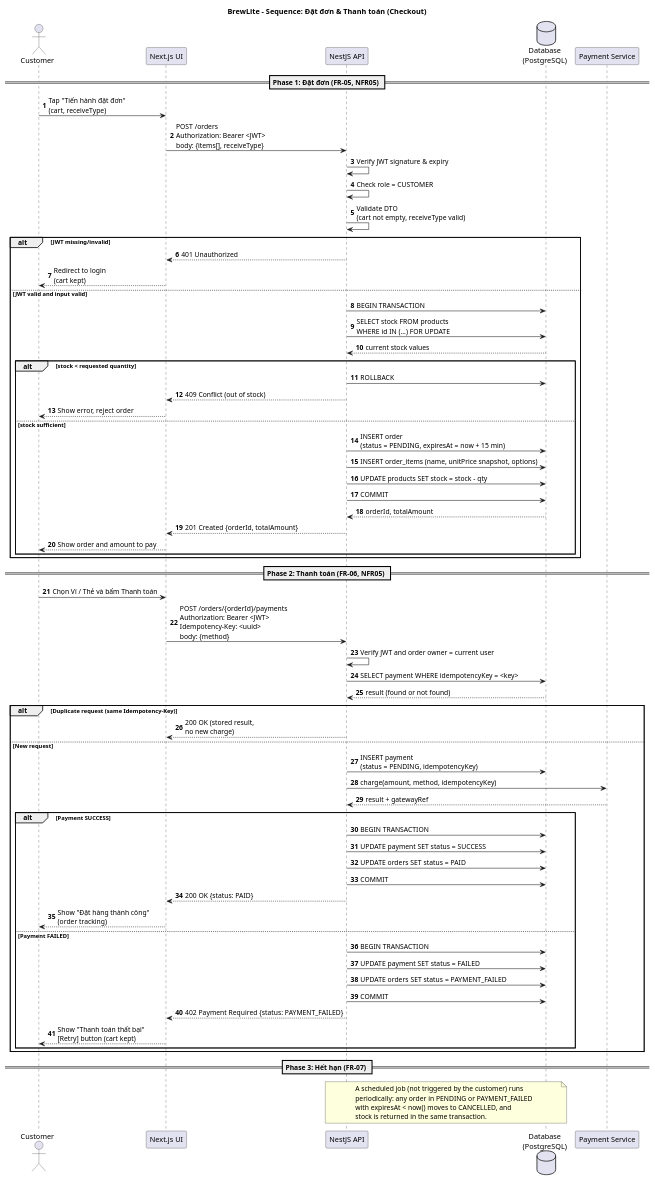
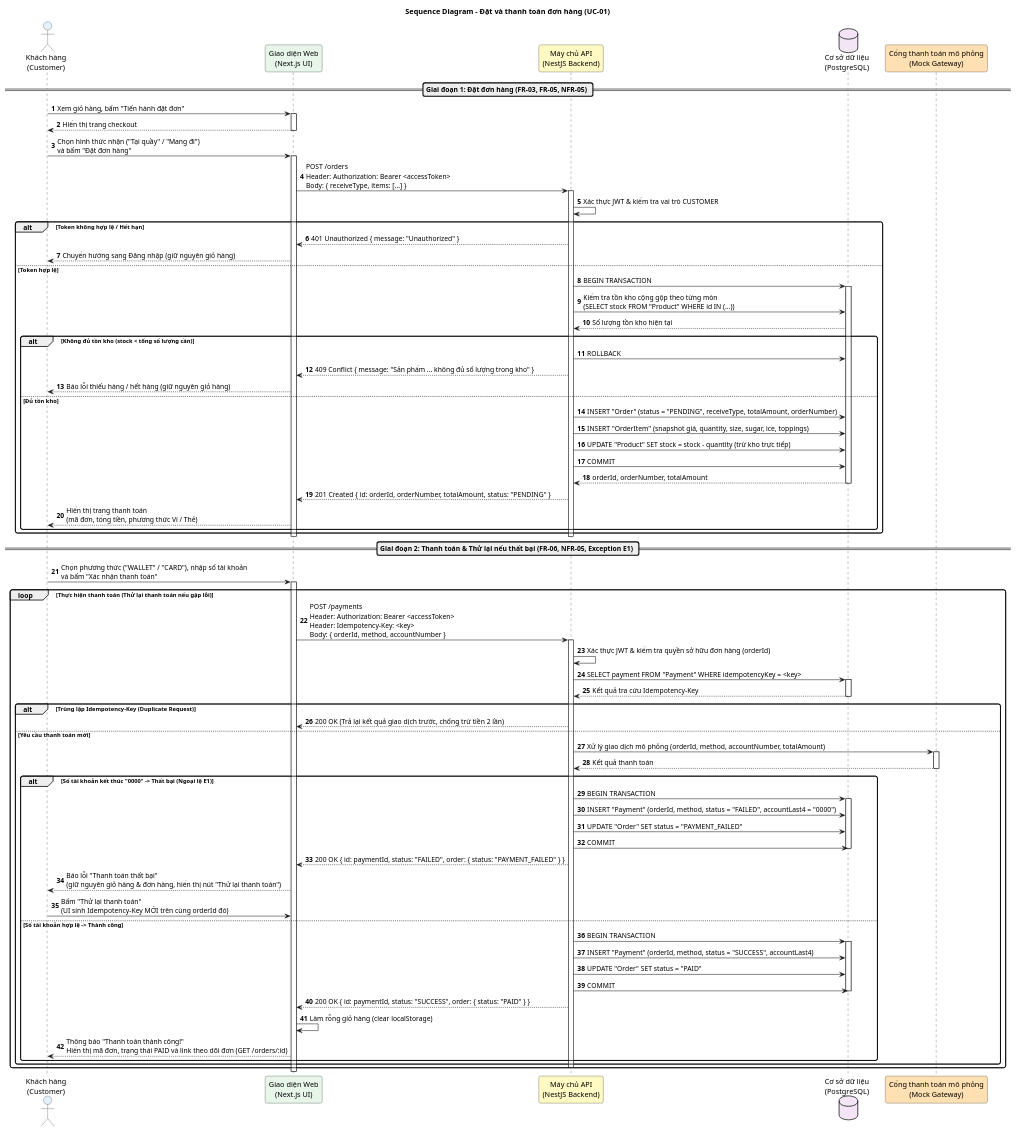
One commit to Thori2724/BrewLite-CNPM-nh-m-12 changed the diagram in docs/diagrams/sequencediagram.puml. Above: the diagram before and after it, drawn with PlantUML. The commit also changed 5 other files, not shown here.

Commit message:
sync activity and usecase from patch branch and update sequence diagram

```diff
--- a/docs/diagrams/sequencediagram.puml
+++ b/docs/diagrams/sequencediagram.puml
@@ -1,85 +1,108 @@
 @startuml sequence-checkout
-title BrewLite – Sequence: Đặt đơn & Thanh toán (Checkout)
+title Sequence Diagram - Đặt và thanh toán đơn hàng (UC-01)
 autonumber
+skinparam shadowing false
+skinparam roundcorner 8
+skinparam participantPadding 15
+skinparam boxPadding 10
 
-actor "Customer" as C
-participant "Next.js UI" as UI
-participant "NestJS API" as API
-database "Database\n(PostgreSQL)" as DB
-participant "Payment Service" as PAY
+actor "Khách hàng\n(Customer)" as C #E3F2FD
+participant "Giao diện Web\n(Next.js UI)" as UI #E8F5E9
+participant "Máy chủ API\n(NestJS Backend)" as API #FFF9C4
+database "Cơ sở dữ liệu\n(PostgreSQL)" as DB #F3E5F5
+participant "Cổng thanh toán mô phỏng\n(Mock Gateway)" as GW #FFE0B2
 
-== Phase 1: Đặt đơn (FR-05, NFR05) ==
+== Giai đoạn 1: Đặt đơn hàng (FR-03, FR-05, NFR-05) ==
 
-C -> UI : Tap "Tiến hành đặt đơn"\n(cart, receiveType)
-UI -> API : POST /orders\nAuthorization: Bearer <JWT>\nbody: {items[], receiveType}
+C -> UI : Xem giỏ hàng, bấm "Tiến hành đặt đơn"
+activate UI
+UI --> C : Hiển thị trang checkout
+deactivate UI
 
-API -> API : Verify JWT signature & expiry
-API -> API : Check role = CUSTOMER
-API -> API : Validate DTO\n(cart not empty, receiveType valid)
+C -> UI : Chọn hình thức nhận ("Tại quầy" / "Mang đi")\nvà bấm "Đặt đơn hàng"
+activate UI
+UI -> API : POST /orders\nHeader: Authorization: Bearer <accessToken>\nBody: { receiveType, items: [...] }
+activate API
 
-alt JWT missing/invalid
-  API --> UI : 401 Unauthorized
-  UI --> C : Redirect to login\n(cart kept)
-else JWT valid and input valid
+API -> API : Xác thực JWT & kiểm tra vai trò CUSTOMER
+alt Token không hợp lệ / Hết hạn
+  API --> UI : 401 Unauthorized { message: "Unauthorized" }
+  UI --> C : Chuyển hướng sang Đăng nhập (giữ nguyên giỏ hàng)
+else Token hợp lệ
   API -> DB : BEGIN TRANSACTION
-  API -> DB : SELECT stock FROM products\nWHERE id IN (...) FOR UPDATE
-  DB --> API : current stock values
+  activate DB
+  API -> DB : Kiểm tra tồn kho cộng gộp theo từng món\n(SELECT stock FROM "Product" WHERE id IN (...))
+  DB --> API : Số lượng tồn kho hiện tại
 
-  alt stock < requested quantity
+  alt Không đủ tồn kho (stock < tổng số lượng cần)
     API -> DB : ROLLBACK
-    API --> UI : 409 Conflict (out of stock)
-    UI --> C : Show error, reject order
-  else stock sufficient
-    API -> DB : INSERT order\n(status = PENDING, expiresAt = now + 15 min)
-    API -> DB : INSERT order_items (name, unitPrice snapshot, options)
-    API -> DB : UPDATE products SET stock = stock - qty
+    API --> UI : 409 Conflict { message: "Sản phẩm ... không đủ số lượng trong kho" }
+    UI --> C : Báo lỗi thiếu hàng / hết hàng (giữ nguyên giỏ hàng)
+  else Đủ tồn kho
+    API -> DB : INSERT "Order" (status = "PENDING", receiveType, totalAmount, orderNumber)
+    API -> DB : INSERT "OrderItem" (snapshot giá, quantity, size, sugar, ice, toppings)
+    API -> DB : UPDATE "Product" SET stock = stock - quantity (trừ kho trực tiếp)
     API -> DB : COMMIT
-    DB --> API : orderId, totalAmount
-    API --> UI : 201 Created {orderId, totalAmount}
-    UI --> C : Show order and amount to pay
+    DB --> API : orderId, orderNumber, totalAmount
+    deactivate DB
+
+    API --> UI : 201 Created { id: orderId, orderNumber, totalAmount, status: "PENDING" }
+    UI --> C : Hiển thị trang thanh toán\n(mã đơn, tổng tiền, phương thức Ví / Thẻ)
   end
 end
+deactivate API
+deactivate UI
 
-== Phase 2: Thanh toán (FR-06, NFR05) ==
+== Giai đoạn 2: Thanh toán & Thử lại nếu thất bại (FR-06, NFR-05, Exception E1) ==
 
-C -> UI : Chọn Ví / Thẻ và bấm Thanh toán
-UI -> API : POST /orders/{orderId}/payments\nAuthorization: Bearer <JWT>\nIdempotency-Key: <uuid>\nbody: {method}
+C -> UI : Chọn phương thức ("WALLET" / "CARD"), nhập số tài khoản\nvà bấm "Xác nhận thanh toán"
+activate UI
 
-API -> API : Verify JWT and order owner = current user
-API -> DB : SELECT payment WHERE idempotencyKey = <key>
-DB --> API : result (found or not found)
+loop Thực hiện thanh toán (Thử lại thanh toán nếu gặp lỗi)
+  UI -> API : POST /payments\nHeader: Authorization: Bearer <accessToken>\nHeader: Idempotency-Key: <key>\nBody: { orderId, method, accountNumber }
+  activate API
 
-alt Duplicate request (same Idempotency-Key)
-  API --> UI : 200 OK (stored result,\nno new charge)
-else New request
-  API -> DB : INSERT payment\n(status = PENDING, idempotencyKey)
-  API -> PAY : charge(amount, method, idempotencyKey)
-  PAY --> API : result + gatewayRef
+  API -> API : Xác thực JWT & kiểm tra quyền sở hữu đơn hàng (orderId)
+  API -> DB : SELECT payment FROM "Payment" WHERE idempotencyKey = <key>
+  activate DB
+  DB --> API : Kết quả tra cứu Idempotency-Key
+  deactivate DB
 
-  alt Payment SUCCESS
-    API -> DB : BEGIN TRANSACTION
-    API -> DB : UPDATE payment SET status = SUCCESS
-    API -> DB : UPDATE orders SET status = PAID
-    API -> DB : COMMIT
-    API --> UI : 200 OK {status: PAID}
-    UI --> C : Show "Đặt hàng thành công"\n(order tracking)
-  else Payment FAILED
-    API -> DB : BEGIN TRANSACTION
-    API -> DB : UPDATE payment SET status = FAILED
-    API -> DB : UPDATE orders SET status = PAYMENT_FAILED
-    API -> DB : COMMIT
-    API --> UI : 402 Payment Required {status: PAYMENT_FAILED}
-    UI --> C : Show "Thanh toán thất bại"\n[Retry] button (cart kept)
+  alt Trùng lặp Idempotency-Key (Duplicate Request)
+    API --> UI : 200 OK (Trả lại kết quả giao dịch trước, chống trừ tiền 2 lần)
+  else Yêu cầu thanh toán mới
+    API -> GW : Xử lý giao dịch mô phỏng (orderId, method, accountNumber, totalAmount)
+    activate GW
+    GW --> API : Kết quả thanh toán
+    deactivate GW
+
+    alt Số tài khoản kết thúc "0000" -> Thất bại (Ngoại lệ E1)
+      API -> DB : BEGIN TRANSACTION
+      activate DB
+      API -> DB : INSERT "Payment" (orderId, method, status = "FAILED", accountLast4 = "0000")
+      API -> DB : UPDATE "Order" SET status = "PAYMENT_FAILED"
+      API -> DB : COMMIT
+      deactivate DB
+
+      API --> UI : 200 OK { id: paymentId, status: "FAILED", order: { status: "PAYMENT_FAILED" } }
+      UI --> C : Báo lỗi "Thanh toán thất bại"\n(giữ nguyên giỏ hàng & đơn hàng, hiển thị nút "Thử lại thanh toán")
+      
+      C -> UI : Bấm "Thử lại thanh toán"\n(UI sinh Idempotency-Key MỚI trên cùng orderId đó)
+    else Số tài khoản hợp lệ -> Thành công
+      API -> DB : BEGIN TRANSACTION
+      activate DB
+      API -> DB : INSERT "Payment" (orderId, method, status = "SUCCESS", accountLast4)
+      API -> DB : UPDATE "Order" SET status = "PAID"
+      API -> DB : COMMIT
+      deactivate DB
+
+      API --> UI : 200 OK { id: paymentId, status: "SUCCESS", order: { status: "PAID" } }
+      UI -> UI : Làm rỗng giỏ hàng (clear localStorage)
+      UI --> C : Thông báo "Thanh toán thành công!"\nHiển thị mã đơn, trạng thái PAID và link theo dõi đơn (GET /orders/:id)
+    end
   end
+  deactivate API
 end
-
-== Phase 3: Hết hạn (FR-07) ==
-
-note over API, DB
-  A scheduled job (not triggered by the customer) runs
-  periodically: any order in PENDING or PAYMENT_FAILED
-  with expiresAt < now() moves to CANCELLED, and
-  stock is returned in the same transaction.
-end note
+deactivate UI
 
 @enduml
```
